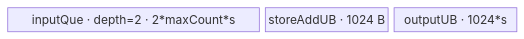
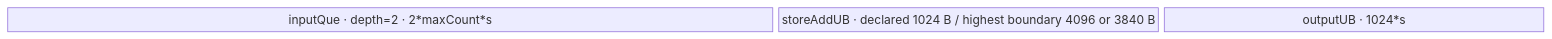
One commit to Atlas-Ascend-Fork/cannbot-knowledge changed the first of 3 diagrams in knowledge/ops/ascendc/operators/direct/nn/pooling/adaptive_avg_pool_3d_950.md. Above: the diagram before and after it, drawn with Mermaid. The commit also changed other lines of this file and 54 other files, not shown here.

````diff
--- a/knowledge/ops/ascendc/operators/direct/nn/pooling/adaptive_avg_pool_3d_950.md
+++ b/knowledge/ops/ascendc/operators/direct/nn/pooling/adaptive_avg_pool_3d_950.md
@@ -369,7 +420,7 @@
 ```mermaid
 block-beta
   columns 4
   inQ["inputQue · depth=2 · 2*maxCount*s"]:2
-  sum["storeAddUB · 1024 B"]:1
+  sum["storeAddUB · declared 1024 B / highest boundary 4096 or 3840 B"]:1
   out["outputUB · 1024*s"]:1
 ```
````
